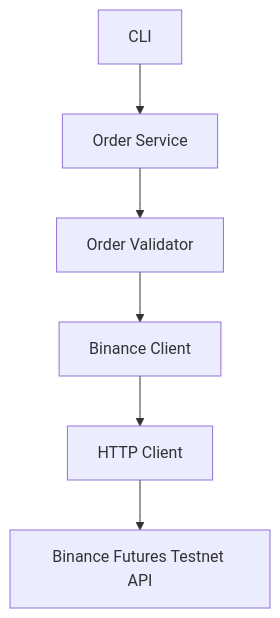
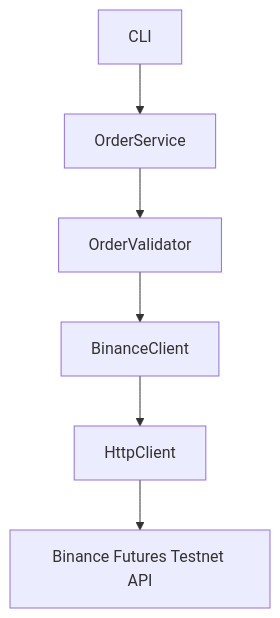
The diagram in README.md (Ayushjha1622/Trading-Bot), drawn with Mermaid before and after one commit. The commit also changed other lines of this file, not shown here.

````diff
--- a/README.md
+++ b/README.md
@@ -42,8 +58,8 @@
 ```mermaid
 graph TD
-    A[CLI] --> B[Order Service]
-    B --> C[Order Validator]
-    C --> D[Binance Client]
-    D --> E[HTTP Client]
+    A[CLI] --> B[OrderService]
+    B --> C[OrderValidator]
+    C --> D[BinanceClient]
+    D --> E[HttpClient]
     E --> F[Binance Futures Testnet API]
 ```
````
